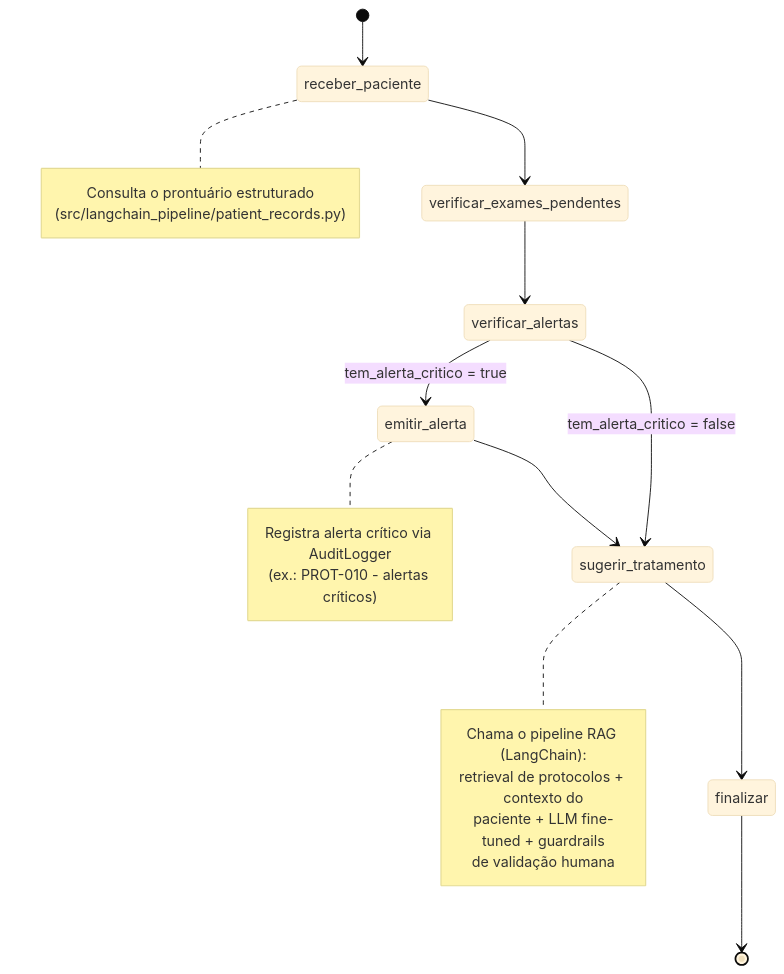
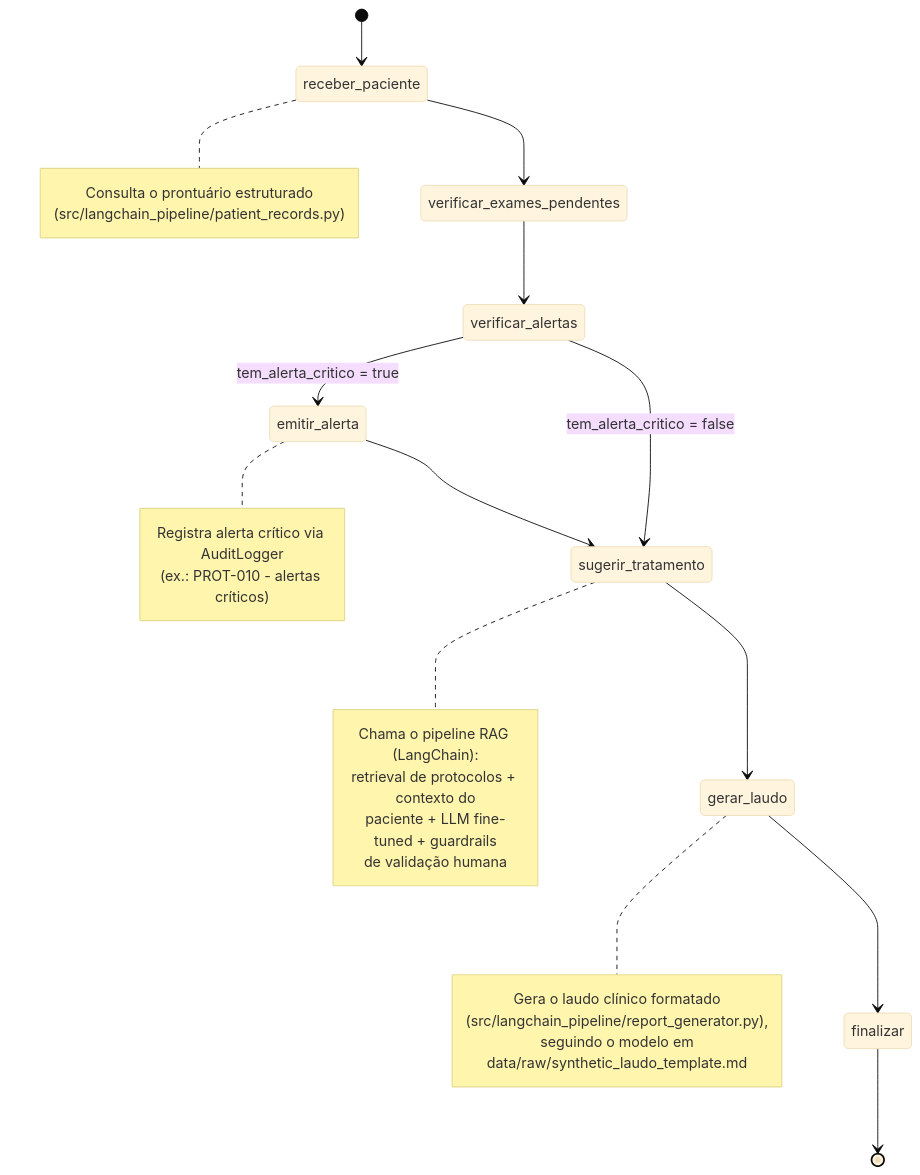
One commit to GFerreira1902/TechChallenge3GFA changed the second of 3 diagrams in docs/diagrama_fluxo.md. Above: the diagram before and after it, drawn with Mermaid (base theme). The commit also changed 8 other files, not shown here.

Commit message:
feat: geracao automatica de laudo clinico formatado (report_generator + node no LangGraph), fechando requisito de modelos de laudos/receitas

````diff
--- a/docs/diagrama_fluxo.md
+++ b/docs/diagrama_fluxo.md
@@ -26,28 +26,36 @@
 ```mermaid
 stateDiagram-v2
     [*] --> receber_paciente
     receber_paciente --> verificar_exames_pendentes
     verificar_exames_pendentes --> verificar_alertas
     verificar_alertas --> emitir_alerta: tem_alerta_critico = true
     verificar_alertas --> sugerir_tratamento: tem_alerta_critico = false
     emitir_alerta --> sugerir_tratamento
-    sugerir_tratamento --> finalizar
+    sugerir_tratamento --> gerar_laudo
+    gerar_laudo --> finalizar
     finalizar --> [*]
 
     note right of receber_paciente
         Consulta o prontuário estruturado
         (src/langchain_pipeline/patient_records.py)
     end note
 
     note right of emitir_alerta
         Registra alerta crítico via AuditLogger
         (ex.: PROT-010 - alertas críticos)
     end note
 
+    note right of gerar_laudo
+        Gera o laudo clínico formatado
+        (src/langchain_pipeline/report_generator.py),
+        seguindo o modelo em
+        data/raw/synthetic_laudo_template.md
+    end note
+
     note right of sugerir_tratamento
         Chama o pipeline RAG (LangChain):
         retrieval de protocolos + contexto do
         paciente + LLM fine-tuned + guardrails
         de validação humana
     end note
 ```
````
